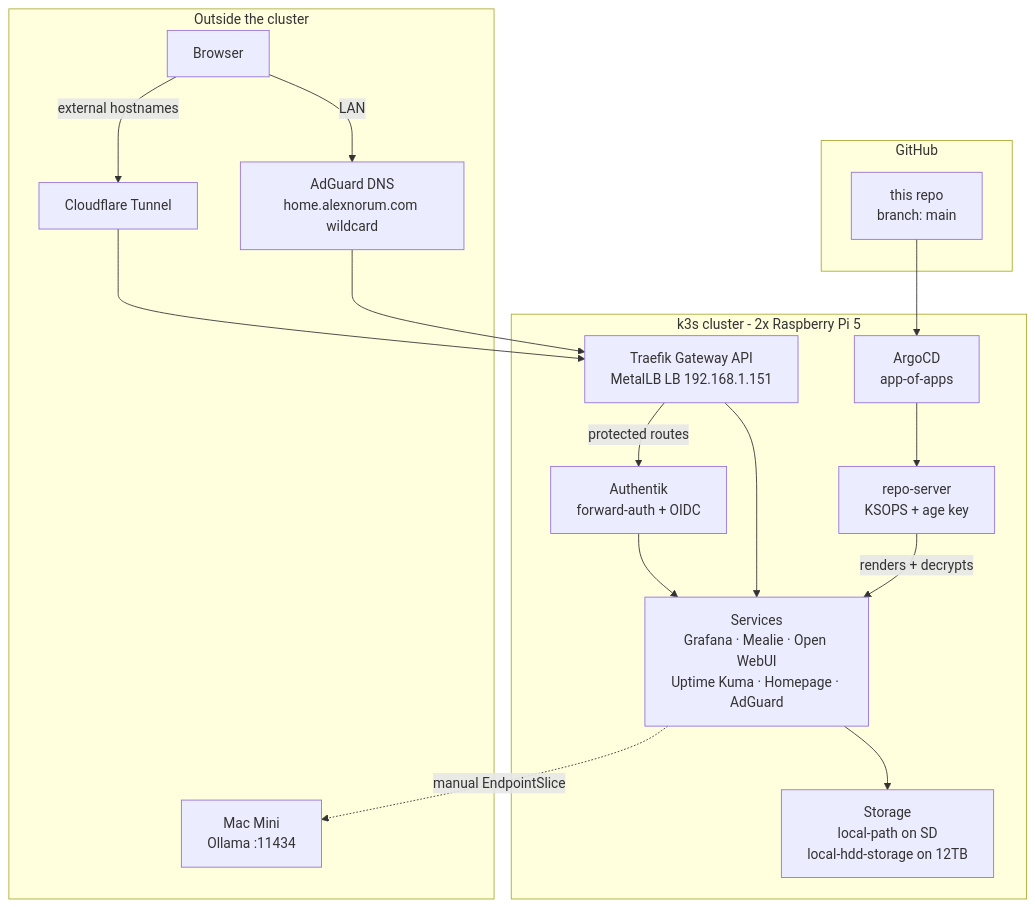
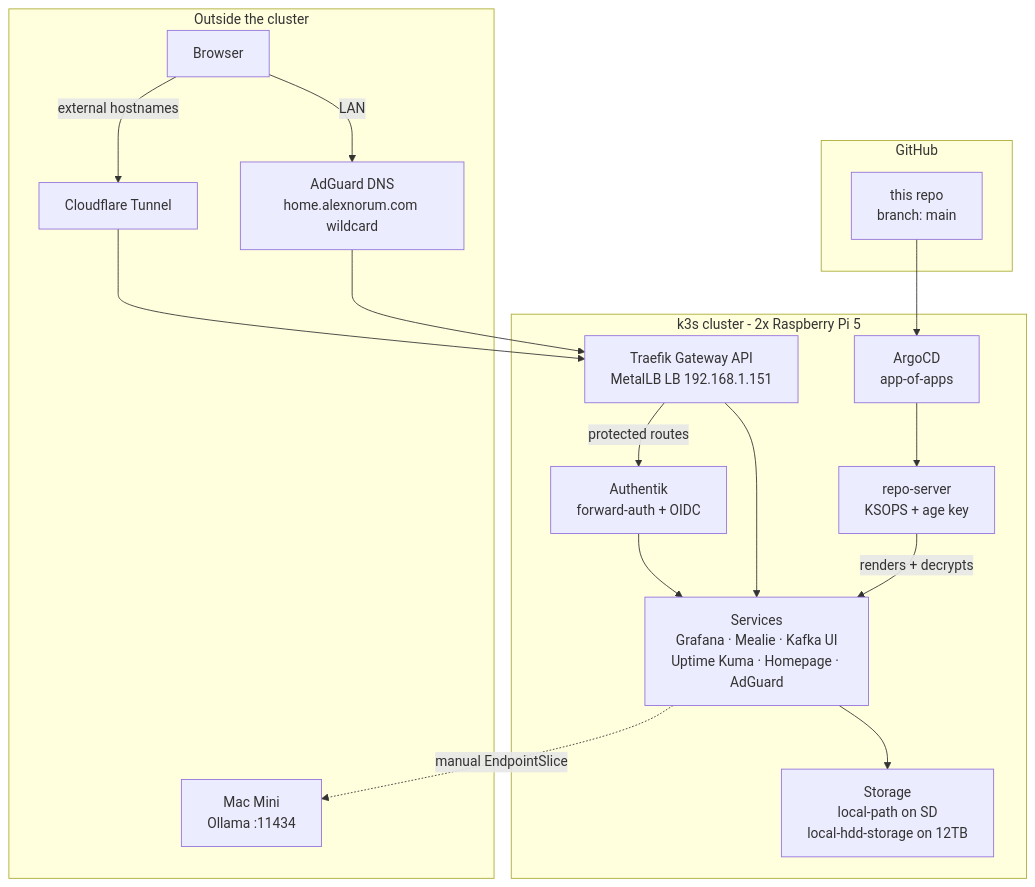
One commit to anorum/homelab changed the diagram in README.md. Above: the diagram before and after it, drawn with Mermaid. The commit also changed other lines of this file and 40 other files, not shown here.

````diff
--- a/README.md
+++ b/README.md
@@ -11,33 +11,33 @@
 ```mermaid
 flowchart TB
     subgraph ext [Outside the cluster]
         user[Browser]
         cf[Cloudflare Tunnel]
         dns["AdGuard DNS<br/>home.alexnorum.com wildcard"]
         mac["Mac Mini<br/>Ollama :11434"]
     end
 
     subgraph git [GitHub]
         repo["this repo<br/>branch: main"]
     end
 
     subgraph k3s [k3s cluster - 2x Raspberry Pi 5]
         gw["Traefik Gateway API<br/>MetalLB LB 192.168.1.151"]
         authentik["Authentik<br/>forward-auth + OIDC"]
-        svc["Services<br/>Grafana · Mealie · Open WebUI<br/>Uptime Kuma · Homepage · AdGuard"]
+        svc["Services<br/>Grafana · Mealie · Kafka UI<br/>Uptime Kuma · Homepage · AdGuard"]
         argo["ArgoCD<br/>app-of-apps"]
         rs["repo-server<br/>KSOPS + age key"]
         store["Storage<br/>local-path on SD<br/>local-hdd-storage on 12TB"]
     end
 
     user -->|external hostnames| cf --> gw
     user -->|LAN| dns --> gw
     gw -->|protected routes| authentik
     authentik --> svc
     gw --> svc
     svc --> store
     svc -.->|manual EndpointSlice| mac
 
     repo --> argo --> rs
     rs -->|renders + decrypts| svc
 ```
````
